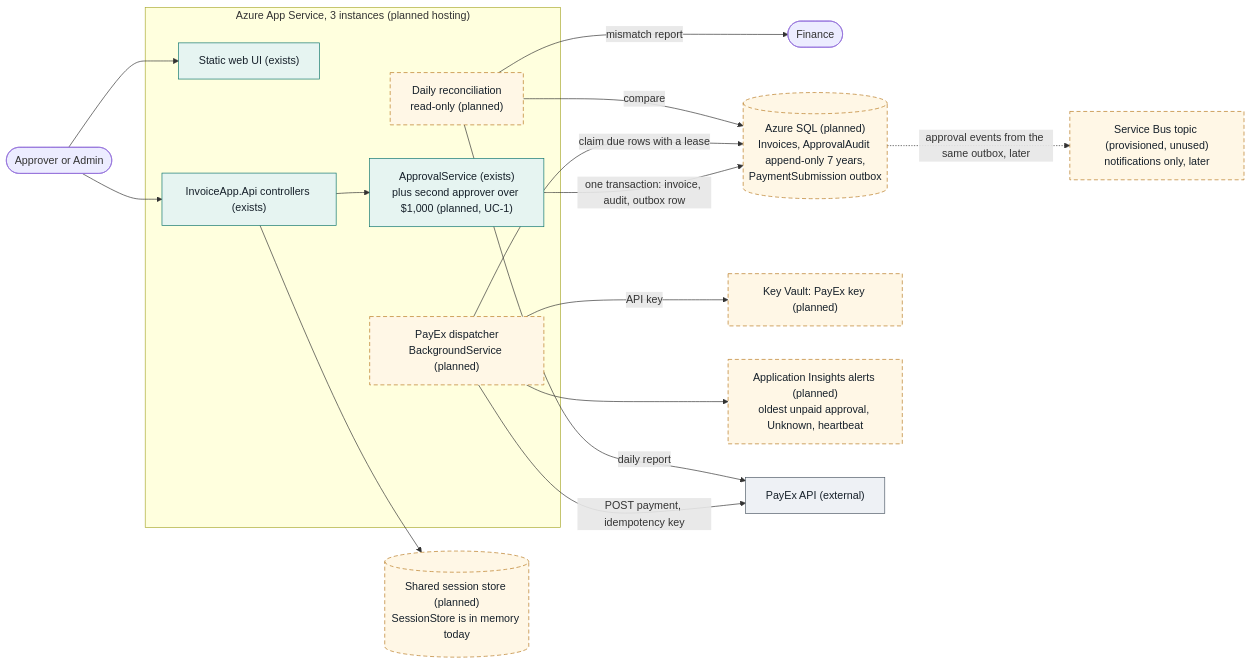
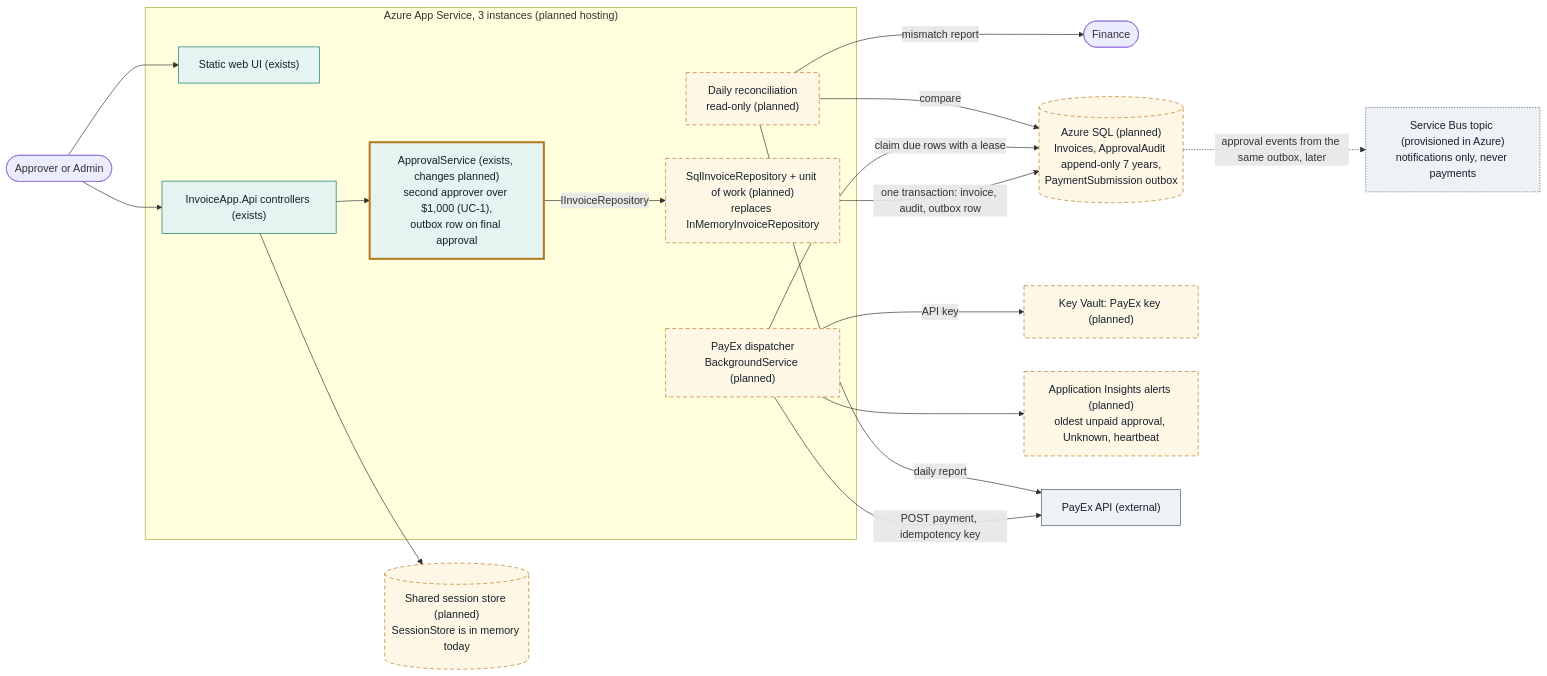
Before and after one commit to atkt-nagarro/ai-in-sdlc-assignment: the first of 2 diagrams in docs/architecture/target-state.md, drawn with Mermaid. The commit also changed other lines of this file and 34 other files, not shown here.

````diff
--- a/docs/architecture/target-state.md
+++ b/docs/architecture/target-state.md
@@ -7,41 +14,47 @@
 ```mermaid
 flowchart LR
     user(["Approver or Admin"])
     finance(["Finance"])
 
     subgraph appsvc["Azure App Service, 3 instances (planned hosting)"]
         ui["Static web UI (exists)"]
         api["InvoiceApp.Api controllers (exists)"]
-        domain["ApprovalService (exists)<br/>plus second approver over $1,000 (planned, UC-1)"]
+        domain["ApprovalService (exists, changes planned)<br/>second approver over $1,000 (UC-1),<br/>outbox row on final approval"]
+        sqlrepo["SqlInvoiceRepository + unit of work (planned)<br/>replaces InMemoryInvoiceRepository"]
         dispatcher["PayEx dispatcher<br/>BackgroundService (planned)"]
         recon["Daily reconciliation<br/>read-only (planned)"]
     end
 
     sql[("Azure SQL (planned)<br/>Invoices, ApprovalAudit append-only 7 years,<br/>PaymentSubmission outbox")]
     sessions[("Shared session store (planned)<br/>SessionStore is in memory today")]
     kv["Key Vault: PayEx key (planned)"]
     insights["Application Insights alerts (planned)<br/>oldest unpaid approval, Unknown, heartbeat"]
-    sb["Service Bus topic (provisioned, unused)<br/>notifications only, later"]
+    sb["Service Bus topic (provisioned in Azure)<br/>notifications only, never payments"]
     payex["PayEx API (external)"]
 
     user --> ui
     user --> api
     api --> domain
     api --> sessions
-    domain -->|"one transaction: invoice, audit, outbox row"| sql
+    domain -->|"IInvoiceRepository"| sqlrepo
+    sqlrepo -->|"one transaction: invoice, audit, outbox row"| sql
     dispatcher -->|"claim due rows with a lease"| sql
     dispatcher -->|"POST payment, idempotency key"| payex
     dispatcher -->|"API key"| kv
     dispatcher --> insights
     recon -->|"daily report"| payex
     recon -->|"compare"| sql
     recon -->|"mismatch report"| finance
     sql -.->|"approval events from the same outbox, later"| sb
 
     classDef planned stroke-dasharray: 6 4,fill:#fff7e6,stroke:#b7791f,color:#16202a
     classDef exists fill:#e6f4f1,stroke:#0f766e,color:#16202a
+    classDef changing fill:#e6f4f1,stroke:#b7791f,stroke-width:3px,color:#16202a
+    classDef provisioned fill:#eef1f5,stroke:#4f5b67,stroke-dasharray: 2 2,color:#16202a
     classDef external fill:#eef1f5,stroke:#4f5b67,color:#16202a
-    class dispatcher,recon,sql,sessions,kv,insights,sb planned
-    class ui,api,domain exists
+    class dispatcher,recon,sql,sessions,kv,insights,sqlrepo planned
+    class ui,api exists
+    class domain changing
+    class sb provisioned
     class payex external
 ```
````
